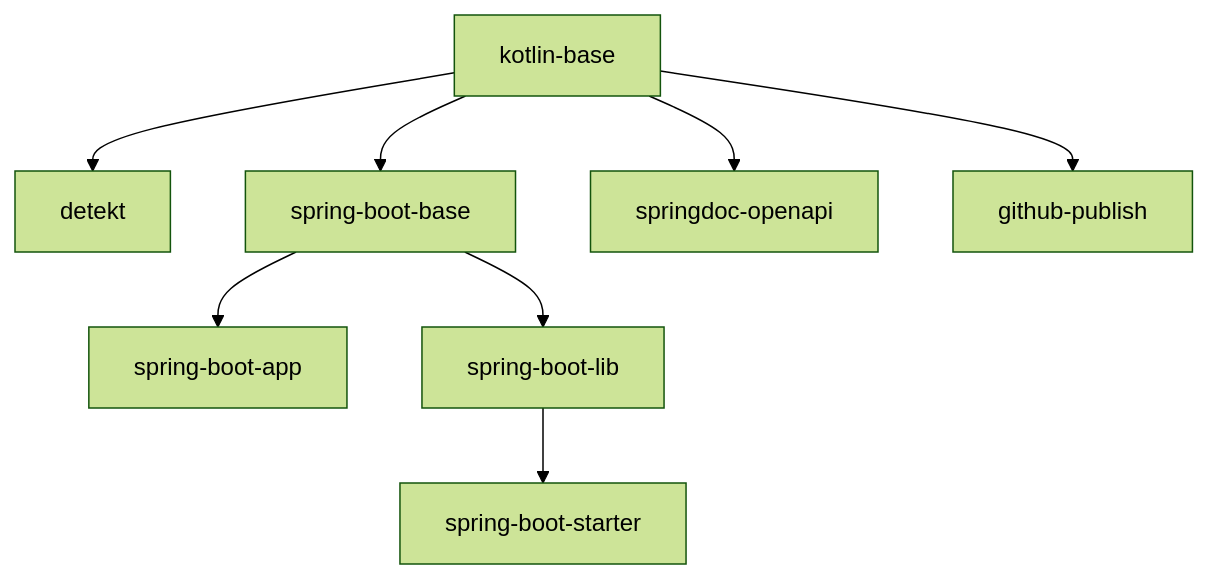
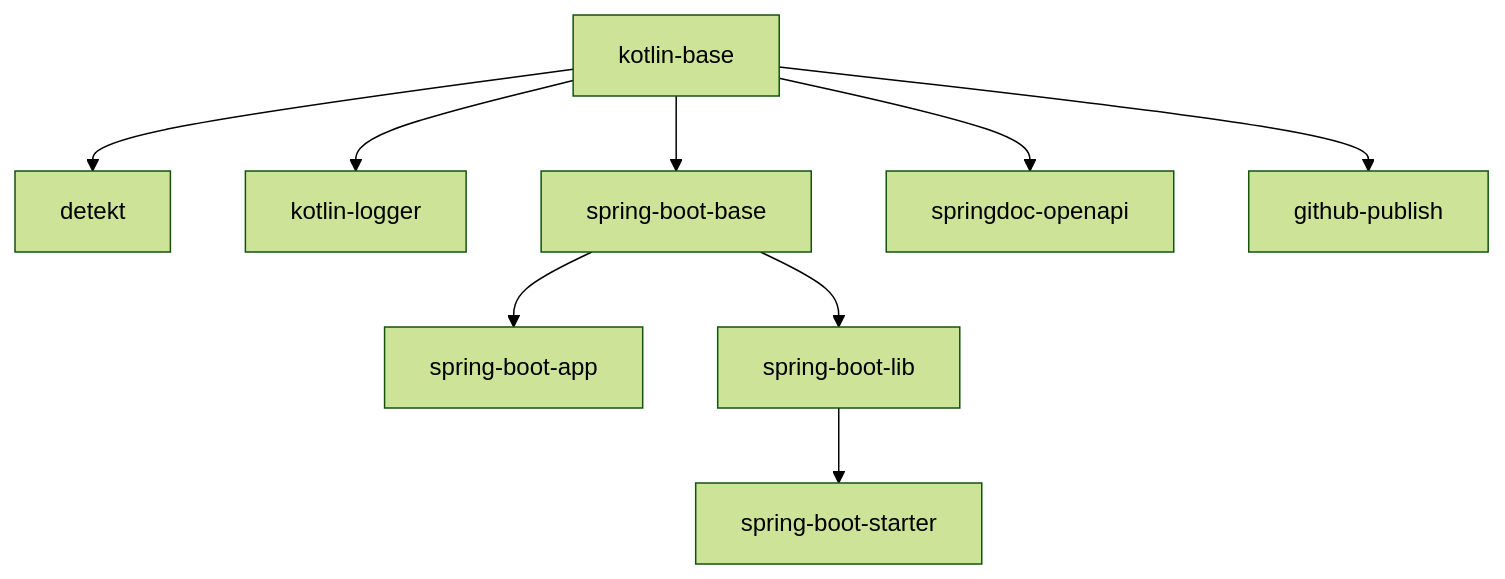
One commit to gonecentrix/gcx-common-libs changed the diagram in README.md. Above: the diagram before and after it, drawn with Mermaid (forest theme). The commit also changed other lines of this file and 15 other files, not shown here.

````diff
--- a/README.md
+++ b/README.md
@@ -41,10 +47,11 @@
 ```mermaid
 graph TD;
 kotlin-base --> detekt
+kotlin-base --> kotlin-logger
 kotlin-base --> spring-boot-base
 kotlin-base --> springdoc-openapi
 kotlin-base --> github-publish
 spring-boot-base --> spring-boot-app
 spring-boot-base --> spring-boot-lib
 spring-boot-lib --> spring-boot-starter
 ```
````
